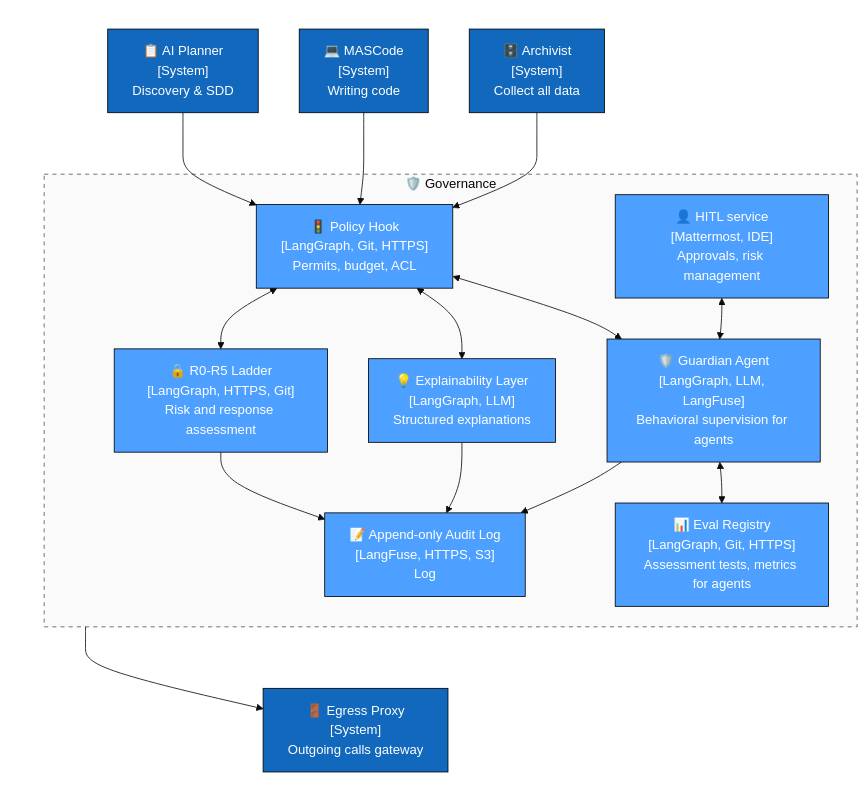
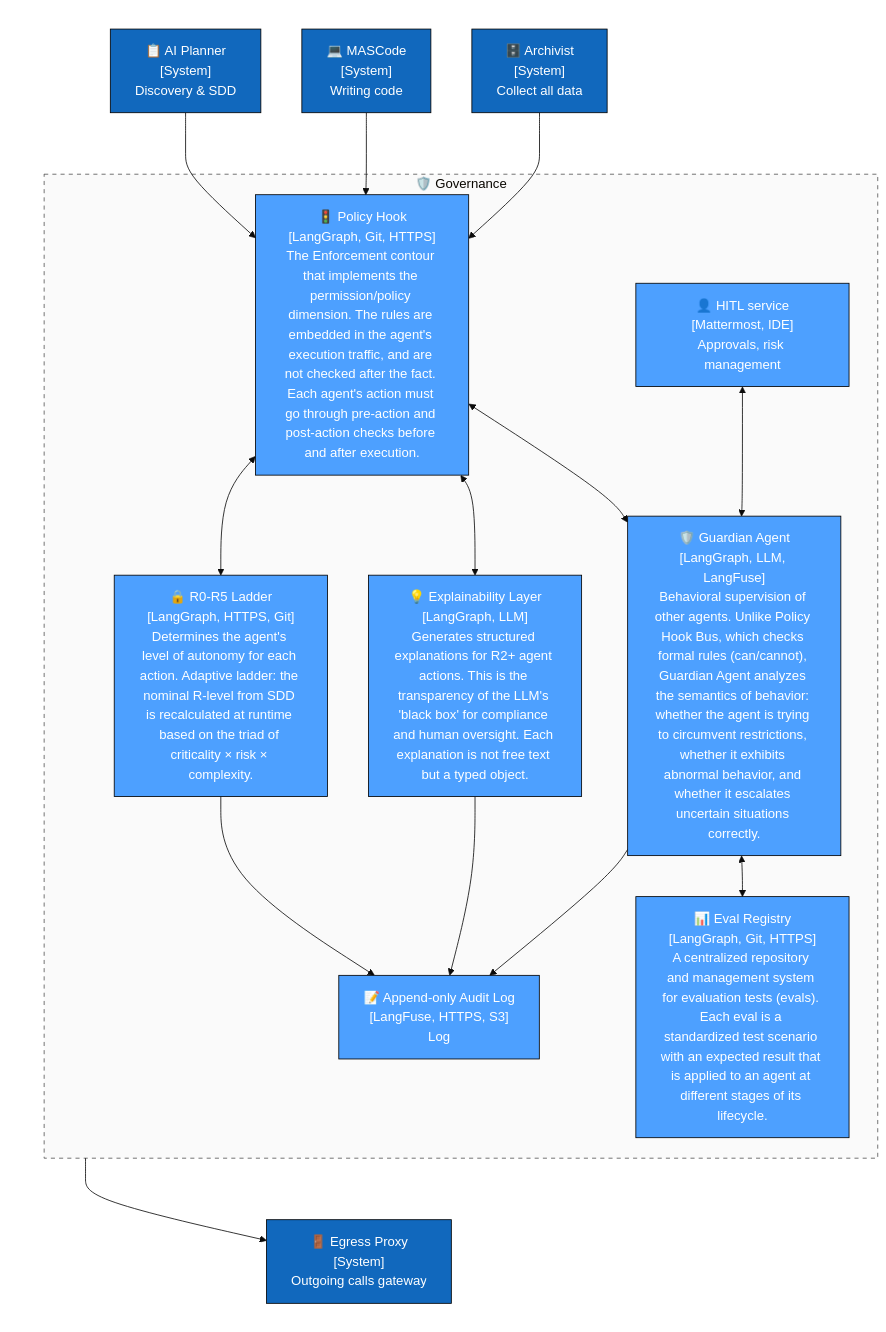
Before and after one commit to Kir-Za/MAS: the diagram in c4schemes/container_governance.mmd, drawn with Mermaid (base theme). The commit also changed 3 other files, not shown here.

```diff
--- a/c4schemes/container_governance.mmd
+++ b/c4schemes/container_governance.mmd
@@ -1,47 +1,47 @@
 flowchart TD
     classDef actor fill:#08427b,stroke:#000,color:#fff,stroke-width:2px;
     classDef system fill:#1168bd,stroke:#000,color:#fff;
     classDef container fill:#4DA0FF,stroke:#000,color:#fff;
     classDef external fill:#999,stroke:#333,color:#fff;
 
     subgraph group_internal_0[" "]
         planner["📋 AI Planner<br/>[System]<br/>Discovery & SDD"]:::system
         coder["💻 MASCode<br/>[System]<br/>Writing code"]:::system
         archivist["🗄️ Archivist<br/>[System]<br/>Collect all data"]:::system
     end
 
     subgraph group_internal_1["🛡️ Governance"]
-        policy_hook["🚦 Policy Hook<br/>[LangGraph, Git, HTTPS]<br/>Permits, budget, ACL"]:::container
-        guardian_agent["🛡️ Guardian Agent<br/>[LangGraph, LLM, LangFuse]<br/>Behavioral supervision for agents"]:::container
+        policy_hook["🚦 Policy Hook<br/>[LangGraph, Git, HTTPS]<br/>The Enforcement contour that implements the permission/policy dimension. The rules are embedded in the agent's execution traffic, and are not checked after the fact. Each agent's action must go through pre-action and post-action checks before and after execution."]:::container
+        guardian_agent["🛡️ Guardian Agent<br/>[LangGraph, LLM, LangFuse]<br/>Behavioral supervision of other agents. Unlike Policy Hook Bus, which checks formal rules (can/cannot), Guardian Agent analyzes the semantics of behavior: whether the agent is trying to circumvent restrictions, whether it exhibits abnormal behavior, and whether it escalates uncertain situations correctly."]:::container
         hitl["👤 HITL service<br/>[Mattermost, IDE]<br/>Approvals, risk management"]:::container
-        eval_registry["📊 Eval Registry<br/>[LangGraph, Git, HTTPS]<br/>Assessment tests, metrics for agents"]:::container
-        explain_agent["💡 Explainability Layer<br/>[LangGraph, LLM]<br/>Structured explanations"]:::container
+        eval_registry["📊 Eval Registry<br/>[LangGraph, Git, HTTPS]<br/>A centralized repository and management system for evaluation tests (evals). Each eval is a standardized test scenario with an expected result that is applied to an agent at different stages of its lifecycle."]:::container
+        explain_agent["💡 Explainability Layer<br/>[LangGraph, LLM]<br/>Generates structured explanations for R2+ agent actions. This is the transparency of the LLM's 'black box' for compliance and human oversight. Each explanation is not free text but a typed object."]:::container
         audit_log["📝 Append-only Audit Log<br/>[LangFuse, HTTPS, S3]<br/>Log"]:::container
-        r_scripts["🔒 R0-R5 Ladder<br/>[LangGraph, HTTPS, Git]<br/>Risk and response assessment"]:::container
+        r_scripts["🔒 R0-R5 Ladder<br/>[LangGraph, HTTPS, Git]<br/>Determines the agent's level of autonomy for each action. Adaptive ladder: the nominal R-level from SDD is recalculated at runtime based on the triad of criticality × risk × complexity."]:::container
     end
 
     subgraph group_internal_2[" "]
         egress["🚪 Egress Proxy<br/>[System]<br/>Outgoing calls gateway"]:::system
     end
 
     planner --> policy_hook
     coder --> policy_hook
     archivist --> policy_hook
 
     policy_hook <--> guardian_agent
     policy_hook <--> explain_agent
     policy_hook <--> r_scripts
     guardian_agent <--> eval_registry
     hitl <--> guardian_agent
 
     guardian_agent --> audit_log
     explain_agent --> audit_log
     r_scripts --> audit_log
 
     group_internal_1 --> egress
 
     audit_log ~~~ group_internal_2
 
     style group_internal_0 fill:none,stroke:none,stroke-width:0px;
     style group_internal_1 stroke:#555,stroke-dasharray: 5 5,fill:#f9f9f9,fill-opacity:0.8;
     style group_internal_2 fill:none,stroke:none,stroke-width:0px;
```
